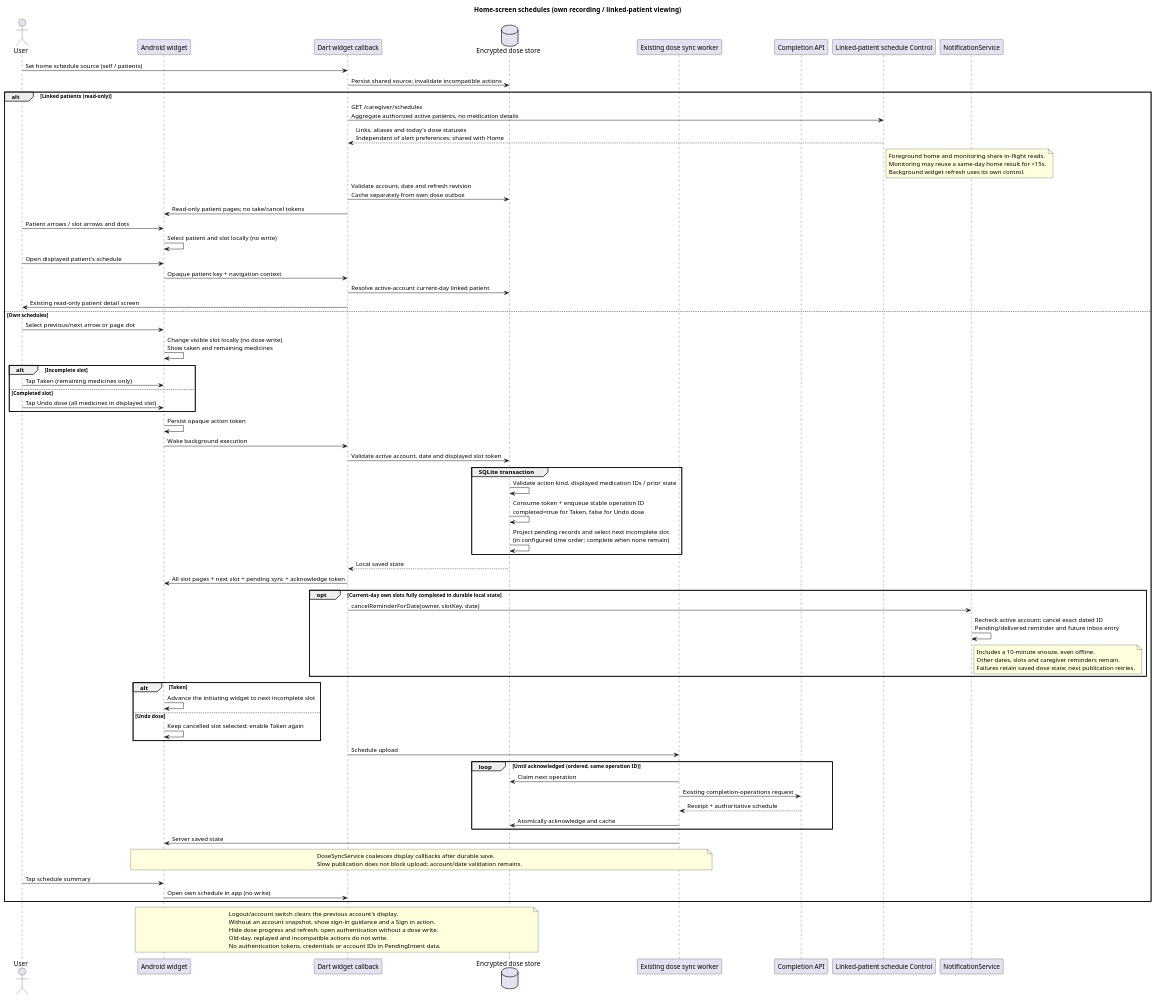
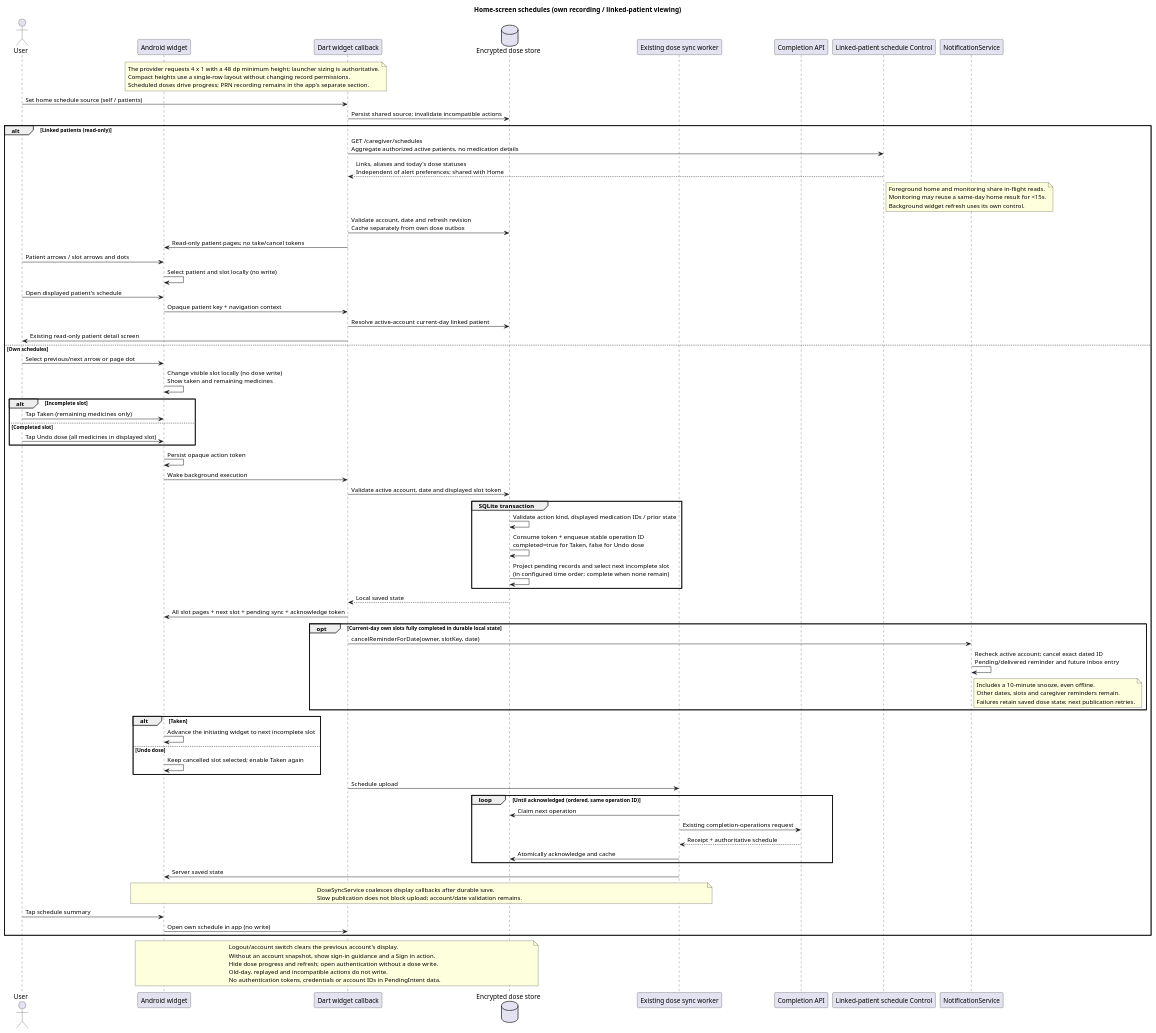
One commit to 1window2/MedBuddy changed the diagram in docs/UML/sequence/HomeDoseWidget.puml. Above: the diagram before and after it, drawn with PlantUML. The commit also changed 5 other files, not shown here.

Commit message:
docs(uml): align diagrams with v0.2.3 medication care flows

```diff
--- a/docs/UML/sequence/HomeDoseWidget.puml
+++ b/docs/UML/sequence/HomeDoseWidget.puml
@@ -1,74 +1,80 @@
 @startuml
 title Home-screen schedules (own recording / linked-patient viewing)
 actor User
 participant "Android widget" as Widget
 participant "Dart widget callback" as Callback
 database "Encrypted dose store" as Store
 participant "Existing dose sync worker" as Sync
 participant "Completion API" as API
 participant "Linked-patient schedule Control" as Schedules
 participant "NotificationService" as Notifications
+
+note over Widget,Callback
+The provider requests 4 x 1 with a 48 dp minimum height; launcher sizing is authoritative.
+Compact heights use a single-row layout without changing record permissions.
+Scheduled doses drive progress; PRN recording remains in the app's separate section.
+end note
 
 User -> Callback: Set home schedule source (self / patients)
 Callback -> Store: Persist shared source; invalidate incompatible actions
 alt Linked patients (read-only)
 Callback -> Schedules: GET /caregiver/schedules\nAggregate authorized active patients, no medication details
 Schedules --> Callback: Links, aliases and today's dose statuses\nIndependent of alert preferences; shared with Home
 note right of Schedules: Foreground home and monitoring share in-flight reads.\nMonitoring may reuse a same-day home result for <15s.\nBackground widget refresh uses its own control.
 Callback -> Store: Validate account, date and refresh revision\nCache separately from own dose outbox
 Callback -> Widget: Read-only patient pages; no take/cancel tokens
 User -> Widget: Patient arrows / slot arrows and dots
 Widget -> Widget: Select patient and slot locally (no write)
 User -> Widget: Open displayed patient's schedule
 Widget -> Callback: Opaque patient key + navigation context
 Callback -> Store: Resolve active-account current-day linked patient
 Callback -> User: Existing read-only patient detail screen
 else Own schedules
 
 User -> Widget: Select previous/next arrow or page dot
 Widget -> Widget: Change visible slot locally (no dose write)\nShow taken and remaining medicines
 alt Incomplete slot
 User -> Widget: Tap Taken (remaining medicines only)
 else Completed slot
 User -> Widget: Tap Undo dose (all medicines in displayed slot)
 end
 Widget -> Widget: Persist opaque action token
 Widget -> Callback: Wake background execution
 Callback -> Store: Validate active account, date and displayed slot token
 group SQLite transaction
 Store -> Store: Validate action kind, displayed medication IDs / prior state
 Store -> Store: Consume token + enqueue stable operation ID\ncompleted=true for Taken, false for Undo dose
 Store -> Store: Project pending records and select next incomplete slot\n(in configured time order; complete when none remain)
 end
 Store --> Callback: Local saved state
 Callback -> Widget: All slot pages + next slot + pending sync + acknowledge token
 opt Current-day own slots fully completed in durable local state
 Callback -> Notifications: cancelReminderForDate(owner, slotKey, date)
 Notifications -> Notifications: Recheck active account; cancel exact dated ID\nPending/delivered reminder and future inbox entry
 note right of Notifications: Includes a 10-minute snooze, even offline.\nOther dates, slots and caregiver reminders remain.\nFailures retain saved dose state; next publication retries.
 end
 alt Taken
 Widget -> Widget: Advance the initiating widget to next incomplete slot
 else Undo dose
 Widget -> Widget: Keep cancelled slot selected; enable Taken again
 end
 Callback -> Sync: Schedule upload
 loop Until acknowledged (ordered, same operation ID)
 Sync -> Store: Claim next operation
 Sync -> API: Existing completion-operations request
 API --> Sync: Receipt + authoritative schedule
 Sync -> Store: Atomically acknowledge and cache
 end
 Sync -> Widget: Server saved state
 note over Sync,Widget: DoseSyncService coalesces display callbacks after durable save.\nSlow publication does not block upload; account/date validation remains.
 User -> Widget: Tap schedule summary
 Widget -> Callback: Open own schedule in app (no write)
 end
 note over Widget,Store
 Logout/account switch clears the previous account's display.
 Without an account snapshot, show sign-in guidance and a Sign in action.
 Hide dose progress and refresh; open authentication without a dose write.
 Old-day, replayed and incompatible actions do not write.
 No authentication tokens, credentials or account IDs in PendingIntent data.
 end note
 @enduml
```
